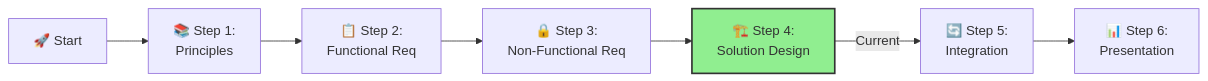
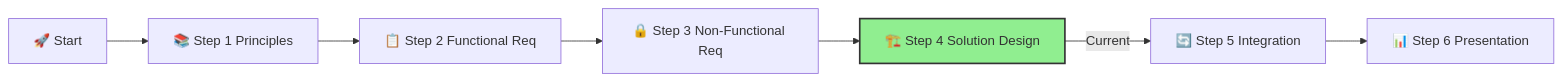
The first of 2 diagrams in docs/02-agent/ifs-agent-step4-solution-design.md (briandenicola/xlr8-e2eaisolutions), drawn with Mermaid before and after one commit. The commit also changed other lines of this file and 17 other files, not shown here.

````diff
--- a/docs/02-agent/ifs-agent-step4-solution-design.md
+++ b/docs/02-agent/ifs-agent-step4-solution-design.md
@@ -21,10 +25,10 @@
 ```mermaid
 flowchart LR
-    A[🚀 Start] --> B[📚 Step 1:\nPrinciples]
-    B --> C[📋 Step 2:\nFunctional Req]
-    C --> D[🔒 Step 3:\nNon-Functional Req]
-    D --> E[🏗️ Step 4:\nSolution Design]
-    E -->|Current| F[🔄 Step 5:\nIntegration]
-    F --> G[📊 Step 6:\nPresentation]
+    A[🚀 Start] --> B[📚 Step 1 Principles]
+    B --> C[📋 Step 2 Functional Req]
+    C --> D[🔒 Step 3 Non-Functional Req]
+    D --> E[🏗️ Step 4 Solution Design]
+    E -->|Current| F[🔄 Step 5 Integration]
+    F --> G[📊 Step 6 Presentation]
     style E fill:#90EE90,stroke:#333,stroke-width:2px
 ```
````
